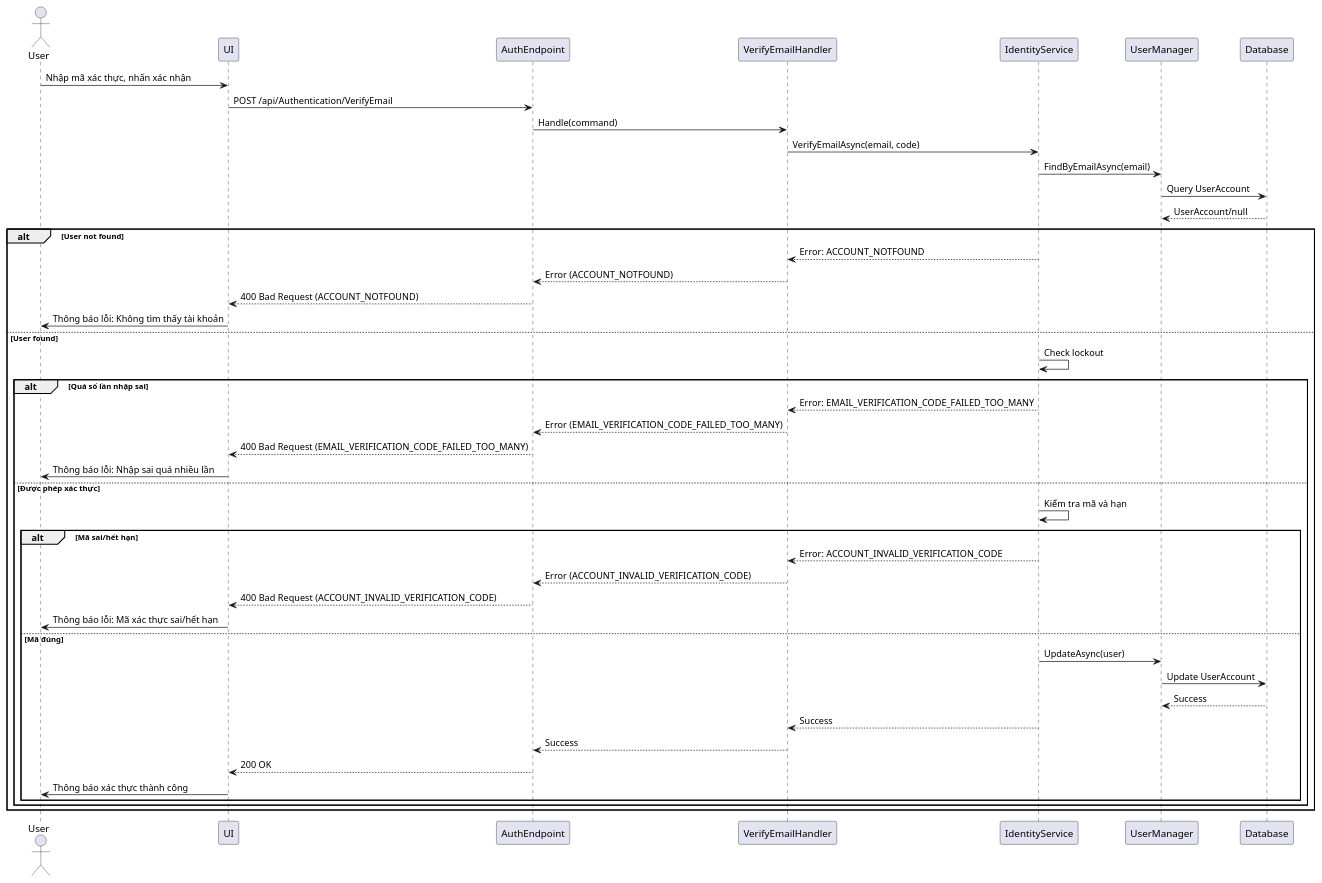
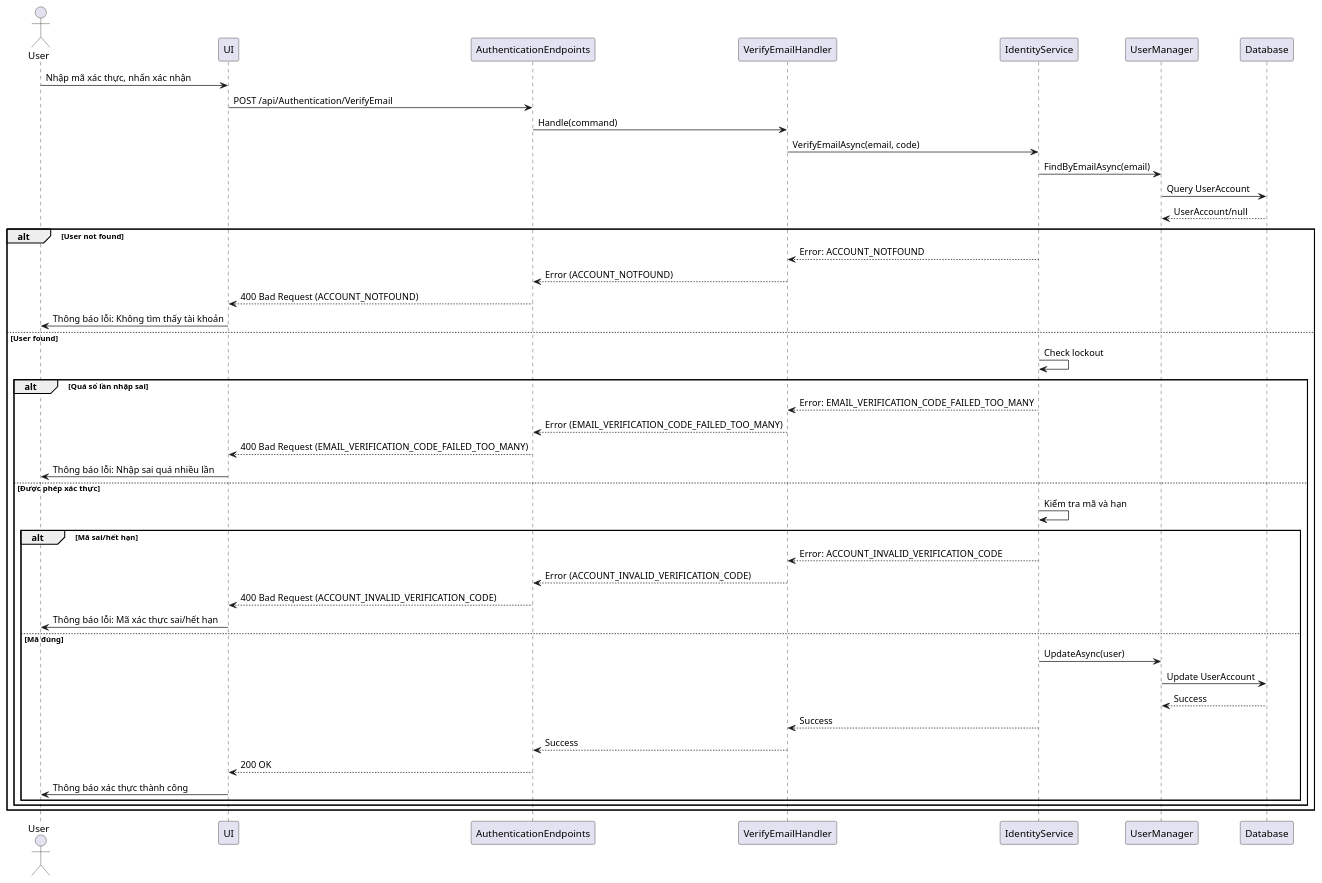
The diagram in authentication/Sequence/07_VerifyEmail.puml (thanhkhac/SEP_Diagram), drawn with PlantUML before and after one commit. The commit also changed 7 other files, not shown here.

First line of the commit message:
Rename AuthEndpoint to AuthenticationEndpoints in diagrams

```diff
--- a/authentication/Sequence/07_VerifyEmail.puml
+++ b/authentication/Sequence/07_VerifyEmail.puml
@@ -1,47 +1,47 @@
 @startuml
 actor User
 participant UI
-participant AuthEndpoint
+participant AuthenticationEndpoints
 participant VerifyEmailHandler
 participant IdentityService
 participant UserManager
 participant Database
 
 User -> UI : Nhập mã xác thực, nhấn xác nhận
-UI -> AuthEndpoint : POST /api/Authentication/VerifyEmail
-AuthEndpoint -> VerifyEmailHandler : Handle(command)
+UI -> AuthenticationEndpoints : POST /api/Authentication/VerifyEmail
+AuthenticationEndpoints -> VerifyEmailHandler : Handle(command)
 VerifyEmailHandler -> IdentityService : VerifyEmailAsync(email, code)
 IdentityService -> UserManager : FindByEmailAsync(email)
 UserManager -> Database : Query UserAccount
 Database --> UserManager : UserAccount/null
 alt User not found
     IdentityService --> VerifyEmailHandler : Error: ACCOUNT_NOTFOUND
-    VerifyEmailHandler --> AuthEndpoint : Error (ACCOUNT_NOTFOUND)
-    AuthEndpoint --> UI : 400 Bad Request (ACCOUNT_NOTFOUND)
+    VerifyEmailHandler --> AuthenticationEndpoints : Error (ACCOUNT_NOTFOUND)
+    AuthenticationEndpoints --> UI : 400 Bad Request (ACCOUNT_NOTFOUND)
     UI -> User : Thông báo lỗi: Không tìm thấy tài khoản
 else User found
     IdentityService -> IdentityService : Check lockout
     alt Quá số lần nhập sai
         IdentityService --> VerifyEmailHandler : Error: EMAIL_VERIFICATION_CODE_FAILED_TOO_MANY
-        VerifyEmailHandler --> AuthEndpoint : Error (EMAIL_VERIFICATION_CODE_FAILED_TOO_MANY)
-        AuthEndpoint --> UI : 400 Bad Request (EMAIL_VERIFICATION_CODE_FAILED_TOO_MANY)
+        VerifyEmailHandler --> AuthenticationEndpoints : Error (EMAIL_VERIFICATION_CODE_FAILED_TOO_MANY)
+        AuthenticationEndpoints --> UI : 400 Bad Request (EMAIL_VERIFICATION_CODE_FAILED_TOO_MANY)
         UI -> User : Thông báo lỗi: Nhập sai quá nhiều lần
     else Được phép xác thực
         IdentityService -> IdentityService : Kiểm tra mã và hạn
         alt Mã sai/hết hạn
             IdentityService --> VerifyEmailHandler : Error: ACCOUNT_INVALID_VERIFICATION_CODE
-            VerifyEmailHandler --> AuthEndpoint : Error (ACCOUNT_INVALID_VERIFICATION_CODE)
-            AuthEndpoint --> UI : 400 Bad Request (ACCOUNT_INVALID_VERIFICATION_CODE)
+            VerifyEmailHandler --> AuthenticationEndpoints : Error (ACCOUNT_INVALID_VERIFICATION_CODE)
+            AuthenticationEndpoints --> UI : 400 Bad Request (ACCOUNT_INVALID_VERIFICATION_CODE)
             UI -> User : Thông báo lỗi: Mã xác thực sai/hết hạn
         else Mã đúng
             IdentityService -> UserManager : UpdateAsync(user)
             UserManager -> Database : Update UserAccount
             Database --> UserManager : Success
             IdentityService --> VerifyEmailHandler : Success
-            VerifyEmailHandler --> AuthEndpoint : Success
-            AuthEndpoint --> UI : 200 OK
+            VerifyEmailHandler --> AuthenticationEndpoints : Success
+            AuthenticationEndpoints --> UI : 200 OK
             UI -> User : Thông báo xác thực thành công
         end
     end
 end
 @enduml
```
